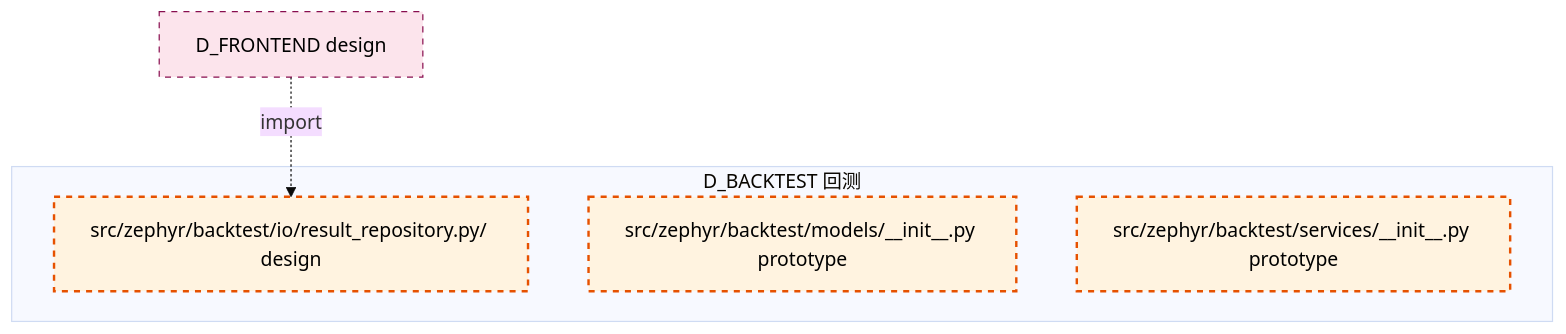
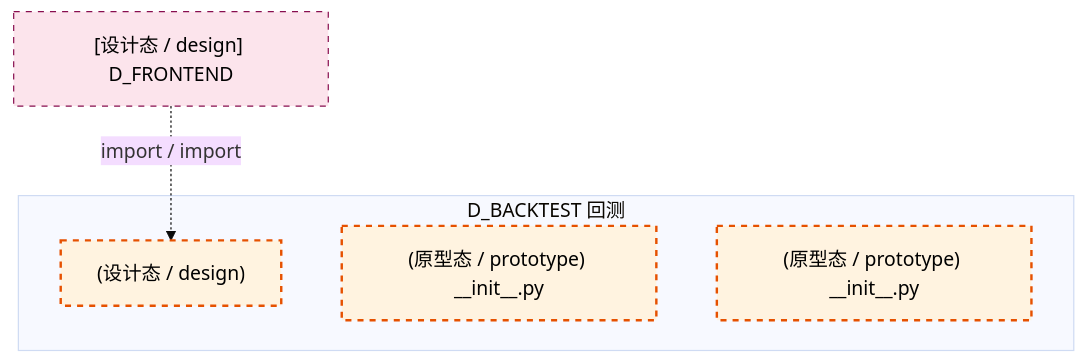
Before and after one commit to xuanFelixVan/ZephyrAlpha: the second of 2 diagrams in docs/02_enterprise_architecture/02_domain_architecture_docs/23_d_backtest.md, drawn with Mermaid (base theme). The commit also changed other lines of this file and 100 other files, not shown here.

````diff
--- a/docs/02_enterprise_architecture/02_domain_architecture_docs/23_d_backtest.md
+++ b/docs/02_enterprise_architecture/02_domain_architecture_docs/23_d_backtest.md
@@ -166,16 +168,16 @@
 ```mermaid
 graph TD
     subgraph D_BACKTEST["D_BACKTEST 回测"]
-        src_zephyr_backtest_io_result_repository_py["src/zephyr/backtest/io/result_repository.py/ design"]
-        src_zephyr_backtest_models_init_py["src/zephyr/backtest/models/__init__.py prototype"]
-        src_zephyr_backtest_services_init_py["src/zephyr/backtest/services/__init__.py prototype"]
+        src_zephyr_backtest_io_result_repository_py["(设计态 / design) "]
+        src_zephyr_backtest_models_init_py["(原型态 / prototype) __init__.py"]
+        src_zephyr_backtest_services_init_py["(原型态 / prototype) __init__.py"]
     end
-    D_FRONTEND["D_FRONTEND design"]
-    D_FRONTEND -.->|import| src_zephyr_backtest_io_result_repository_py
+    D_FRONTEND["[设计态 / design] D_FRONTEND"]
+    D_FRONTEND -.->|import / import| src_zephyr_backtest_io_result_repository_py
     classDef production fill:#e1f5fe,stroke:#01579b,stroke-width:2px,color:#000
     classDef design fill:#fff3e0,stroke:#e65100,stroke-width:2px,color:#000,stroke-dasharray: 5 5
     classDef external_prod fill:#e8f5e9,stroke:#1b5e20,stroke-width:1px,color:#000
     classDef external_design fill:#fce4ec,stroke:#880e4f,stroke-width:1px,color:#000,stroke-dasharray: 5 5
     class src_zephyr_backtest_io_result_repository_py,src_zephyr_backtest_models_init_py,src_zephyr_backtest_services_init_py design
     class D_FRONTEND external_design
 ```
````
